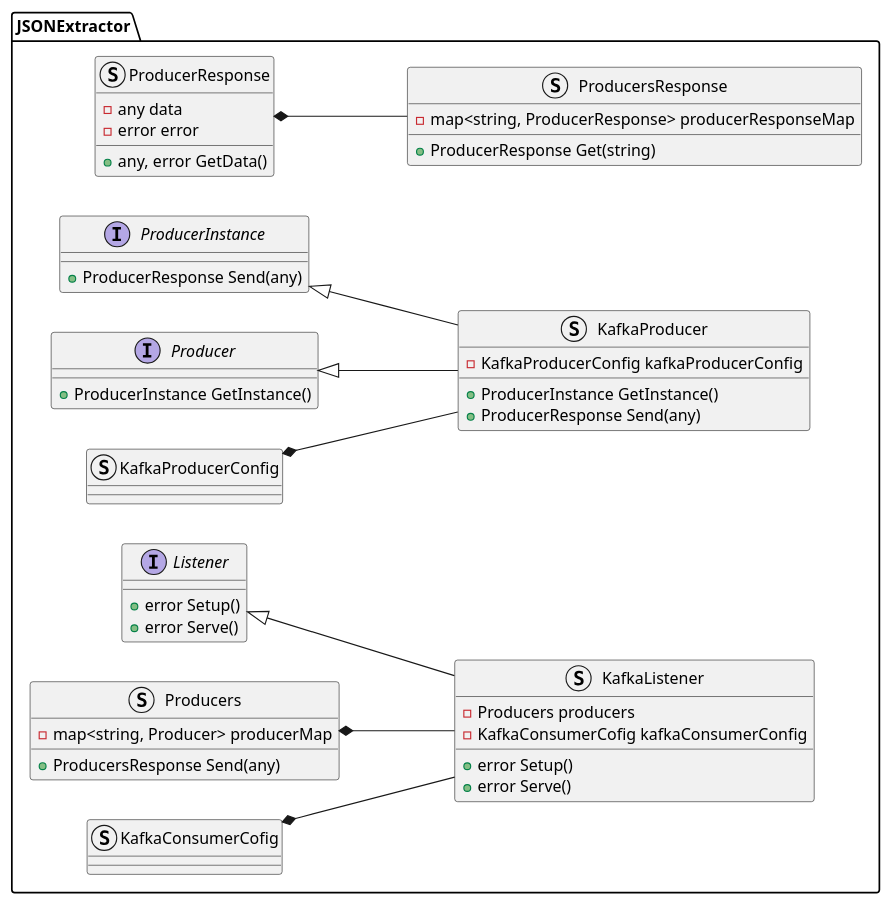
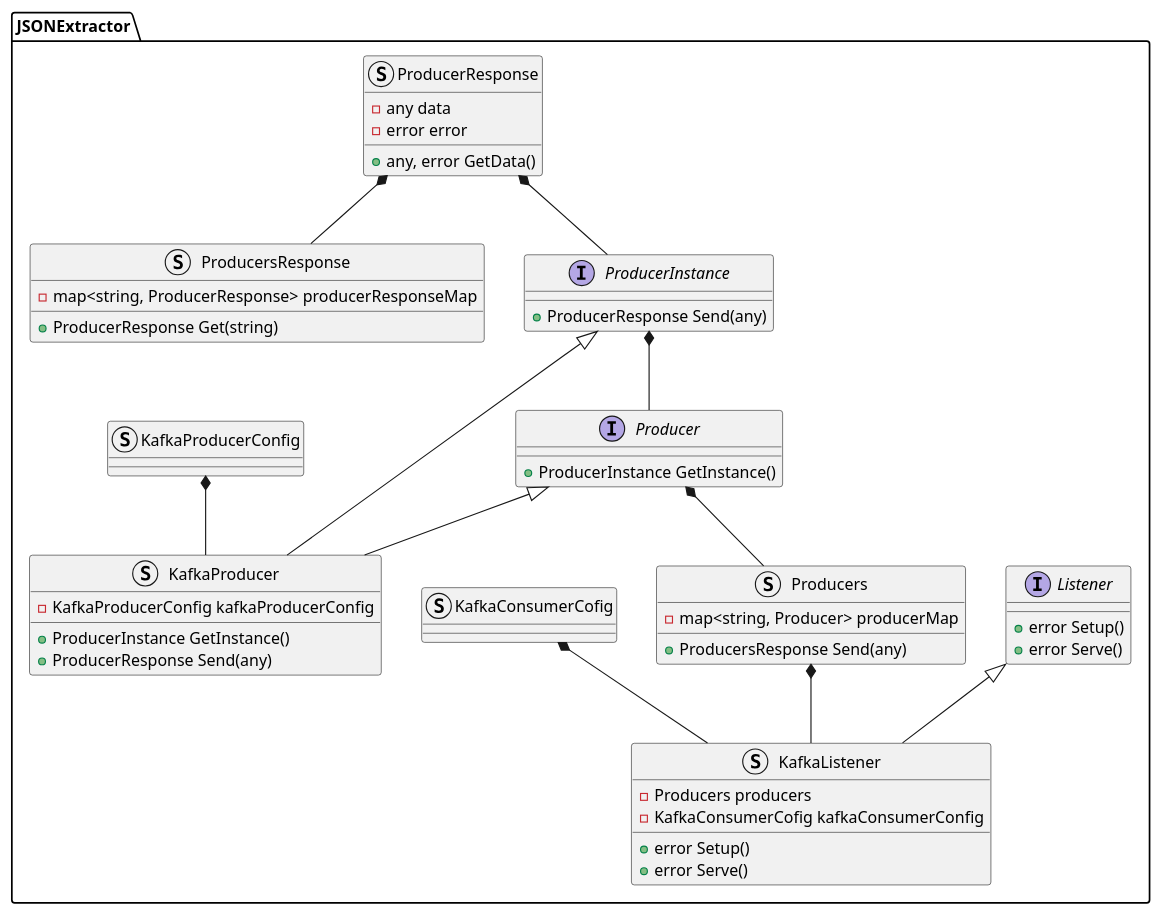
The diagram in docs/design_notes/DN1_JSON_Extractor/class_diagram.puml (xtuml/otel2pv), drawn with PlantUML before and after one commit. The commit also changed 1 other file, not shown here.

Commit message:
CDSOPV-26 update class diagram

```diff
--- a/docs/design_notes/DN1_JSON_Extractor/class_diagram.puml
+++ b/docs/design_notes/DN1_JSON_Extractor/class_diagram.puml
@@ -1,48 +1,51 @@
 @startuml
 namespace JSONExtractor {
-    left to right direction
+    ' left to right direction
     interface Listener {
         +error Setup()
         +error Serve()
     }
     struct ProducerResponse {
         -any data
         -error error
         +any, error GetData()
     }
     struct ProducersResponse {
         -map<string, ProducerResponse> producerResponseMap
         +ProducerResponse Get(string)
     }
     interface ProducerInstance {
         +ProducerResponse Send(any)
     }
     interface Producer {
         +ProducerInstance GetInstance()
     }
     struct Producers {
         -map<string, Producer> producerMap
         +ProducersResponse Send(any)
     }
     struct KafkaListener {
         -Producers producers
         -KafkaConsumerCofig kafkaConsumerConfig
         +error Setup()
         +error Serve()
     }
     struct KafkaProducer {
         -KafkaProducerConfig kafkaProducerConfig
         +ProducerInstance GetInstance()
         +ProducerResponse Send(any)
     }
     struct KafkaConsumerCofig
     struct KafkaProducerConfig
 }
 JSONExtractor.Producer <|-- JSONExtractor.KafkaProducer
 JSONExtractor.ProducerInstance <|-- JSONExtractor.KafkaProducer
 JSONExtractor.Listener <|-- JSONExtractor.KafkaListener
 JSONExtractor.ProducerResponse *-- JSONExtractor.ProducersResponse
 JSONExtractor.KafkaConsumerCofig *-- JSONExtractor.KafkaListener
 JSONExtractor.KafkaProducerConfig *-- JSONExtractor.KafkaProducer
 JSONExtractor.Producers *-- JSONExtractor.KafkaListener
+JSONExtractor.Producer *-- JSONExtractor.Producers
+JSONExtractor.ProducerResponse *-- JSONExtractor.ProducerInstance
+JSONExtractor.ProducerInstance *-- JSONExtractor.Producer
 @enduml
```
